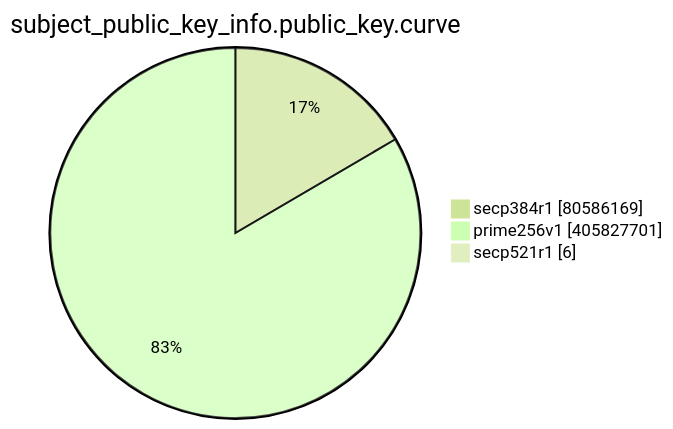
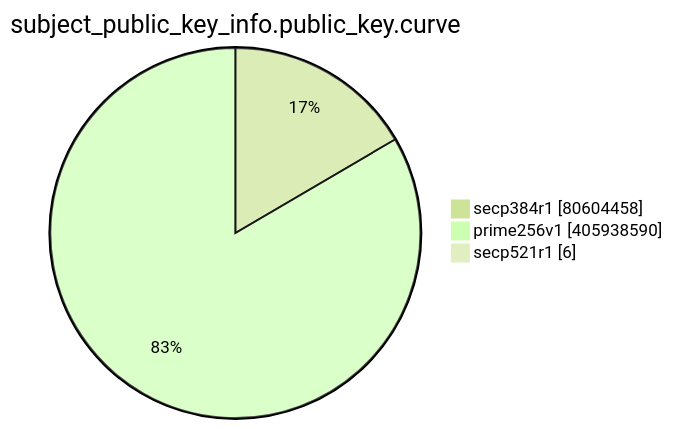
Before and after one commit to christiankrug/ctmonitor_visualization: the eighth of 15 diagrams in TOTAL/README.md, drawn with Mermaid (forest theme). The commit also changed other lines of this file, not shown here.

````diff
--- a/TOTAL/README.md
+++ b/TOTAL/README.md
@@ -3095,7 +3095,7 @@
 ```mermaid
 pie showData
 title subject_public_key_info.public_key.curve
-"secp384r1" :80586169
-"prime256v1" :405827701
+"secp384r1" :80604458
+"prime256v1" :405938590
 "secp521r1" :6
 ```
````
